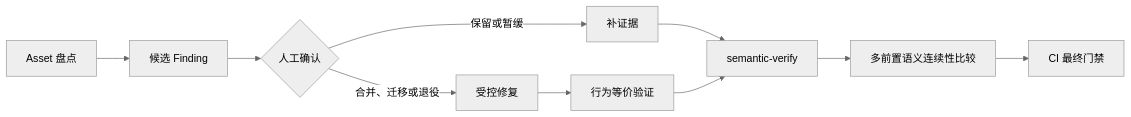
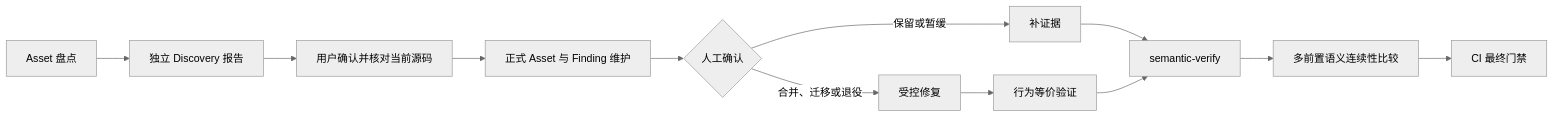
One commit to EchoYue-lp/echo-semantic changed the second of 3 diagrams in docs/concepts.md. Above: the diagram before and after it, drawn with Mermaid (neutral theme). The commit also changed other lines of this file and 106 other files, not shown here.

````diff
--- a/docs/concepts.md
+++ b/docs/concepts.md
@@ -16,12 +16,14 @@
 ```mermaid
 flowchart LR
-  Inventory[Asset 盘点] --> Candidate[候选 Finding]
+  Inventory[Asset 盘点] --> Report[独立 Discovery 报告]
+  Report --> Confirm[用户确认并核对当前源码]
+  Confirm --> Candidate[正式 Asset 与 Finding 维护]
   Candidate --> Decision{人工确认}
   Decision -- 保留或暂缓 --> Evidence[补证据]
   Decision -- 合并、迁移或退役 --> Repair[受控修复]
   Repair --> Equivalence[行为等价验证]
   Evidence --> Verify[semantic-verify]
   Equivalence --> Verify
   Verify --> Continuity[多前置语义连续性比较]
   Continuity --> CI[CI 最终门禁]
 ```
````
